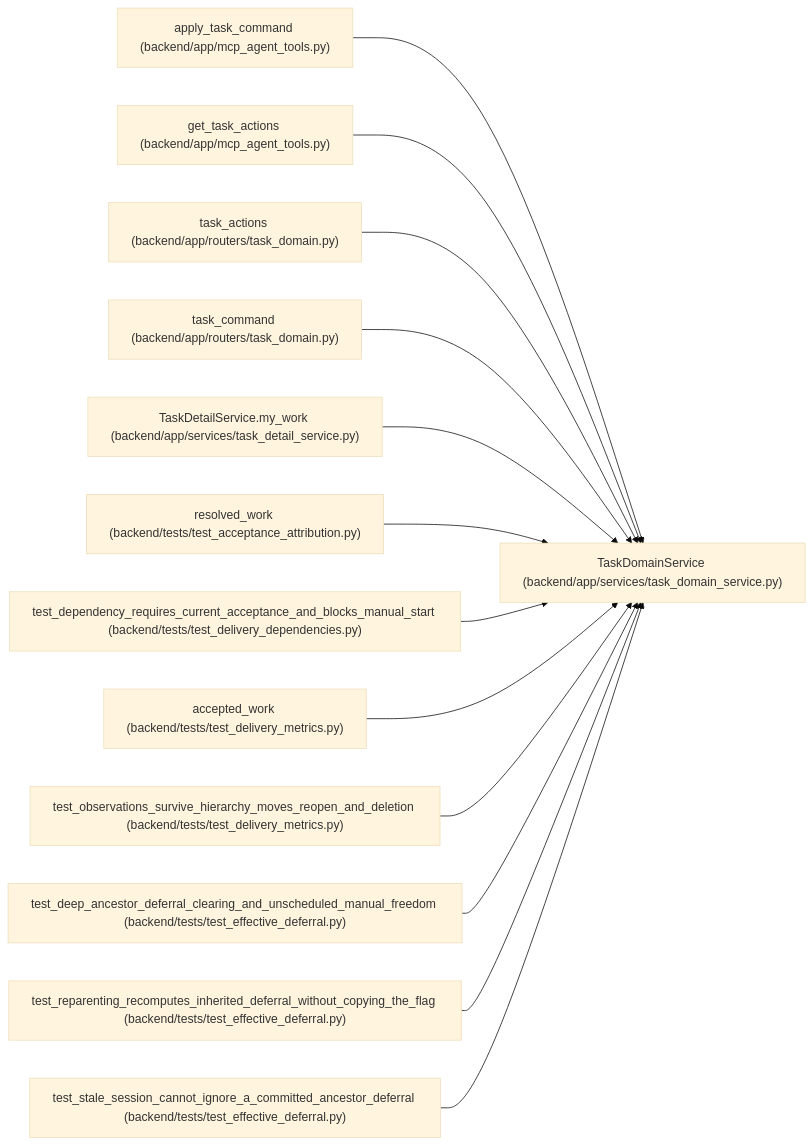
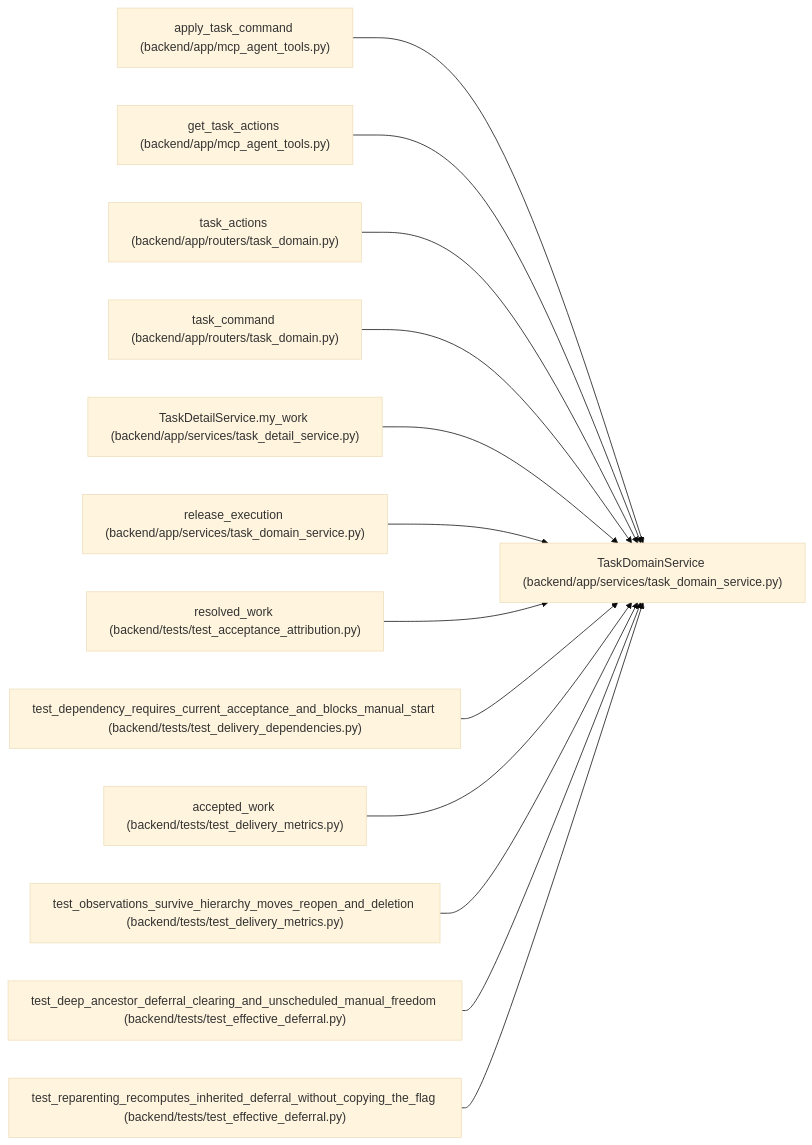
Before and after one commit to Denissvgn/WorkChord: the diagram in docs/llm_wiki/entities/TaskDomainService.md, drawn with Mermaid (base theme). The commit also changed other lines of this file and 732 other files, not shown here.

Commit message:
Sync the architectural wiki for the postponed task status

````diff
--- a/docs/llm_wiki/entities/TaskDomainService.md
+++ b/docs/llm_wiki/entities/TaskDomainService.md
@@ -32,41 +32,41 @@
 ```mermaid
 flowchart LR
     n0["TaskDomainService (backend/app/services/task_domain_service.py)"]
     n1["apply_task_command (backend/app/mcp_agent_tools.py)"]
     n2["get_task_actions (backend/app/mcp_agent_tools.py)"]
     n3["task_actions (backend/app/routers/task_domain.py)"]
     n4["task_command (backend/app/routers/task_domain.py)"]
     n5["TaskDetailService.my_work (backend/app/services/task_detail_service.py)"]
-    n6["resolved_work (backend/tests/test_acceptance_attribution.py)"]
-    n7["test_dependency_requires_current_acceptance_and_blocks_manual_start (backend/tests/test_delivery_dependencies.py)"]
-    n8["accepted_work (backend/tests/test_delivery_metrics.py)"]
-    n9["test_observations_survive_hierarchy_moves_reopen_and_deletion (backend/tests/test_delivery_metrics.py)"]
-    n10["test_deep_ancestor_deferral_clearing_and_unscheduled_manual_freedom (backend/tests/test_effective_deferral.py)"]
-    n11["test_reparenting_recomputes_inherited_deferral_without_copying_the_flag (backend/tests/test_effective_deferral.py)"]
-    n12["test_stale_session_cannot_ignore_a_committed_ancestor_deferral (backend/tests/test_effective_deferral.py)"]
+    n6["release_execution (backend/app/services/task_domain_service.py)"]
+    n7["resolved_work (backend/tests/test_acceptance_attribution.py)"]
+    n8["test_dependency_requires_current_acceptance_and_blocks_manual_start (backend/tests/test_delivery_dependencies.py)"]
+    n9["accepted_work (backend/tests/test_delivery_metrics.py)"]
+    n10["test_observations_survive_hierarchy_moves_reopen_and_deletion (backend/tests/test_delivery_metrics.py)"]
+    n11["test_deep_ancestor_deferral_clearing_and_unscheduled_manual_freedom (backend/tests/test_effective_deferral.py)"]
+    n12["test_reparenting_recomputes_inherited_deferral_without_copying_the_flag (backend/tests/test_effective_deferral.py)"]
     n1 --> n0
     n2 --> n0
     n3 --> n0
     n4 --> n0
     n5 --> n0
     n6 --> n0
     n7 --> n0
     n8 --> n0
     n9 --> n0
     n10 --> n0
     n11 --> n0
     n12 --> n0
     click n0 "../modules/task_domain_service.md"
     click n1 "../modules/mcp_agent_tools.md"
     click n2 "../modules/mcp_agent_tools.md"
     click n3 "../modules/routers_task_domain.md"
     click n4 "../modules/routers_task_domain.md"
     click n5 "../modules/task_detail_service.md"
-    click n6 "../modules/test_acceptance_attribution.md"
-    click n7 "../modules/test_delivery_dependencies.md"
-    click n8 "../modules/test_delivery_metrics.md"
+    click n6 "../modules/task_domain_service.md"
+    click n7 "../modules/test_acceptance_attribution.md"
+    click n8 "../modules/test_delivery_dependencies.md"
     click n9 "../modules/test_delivery_metrics.md"
-    click n10 "../modules/test_effective_deferral.md"
+    click n10 "../modules/test_delivery_metrics.md"
     click n11 "../modules/test_effective_deferral.md"
     click n12 "../modules/test_effective_deferral.md"
 ```
````
